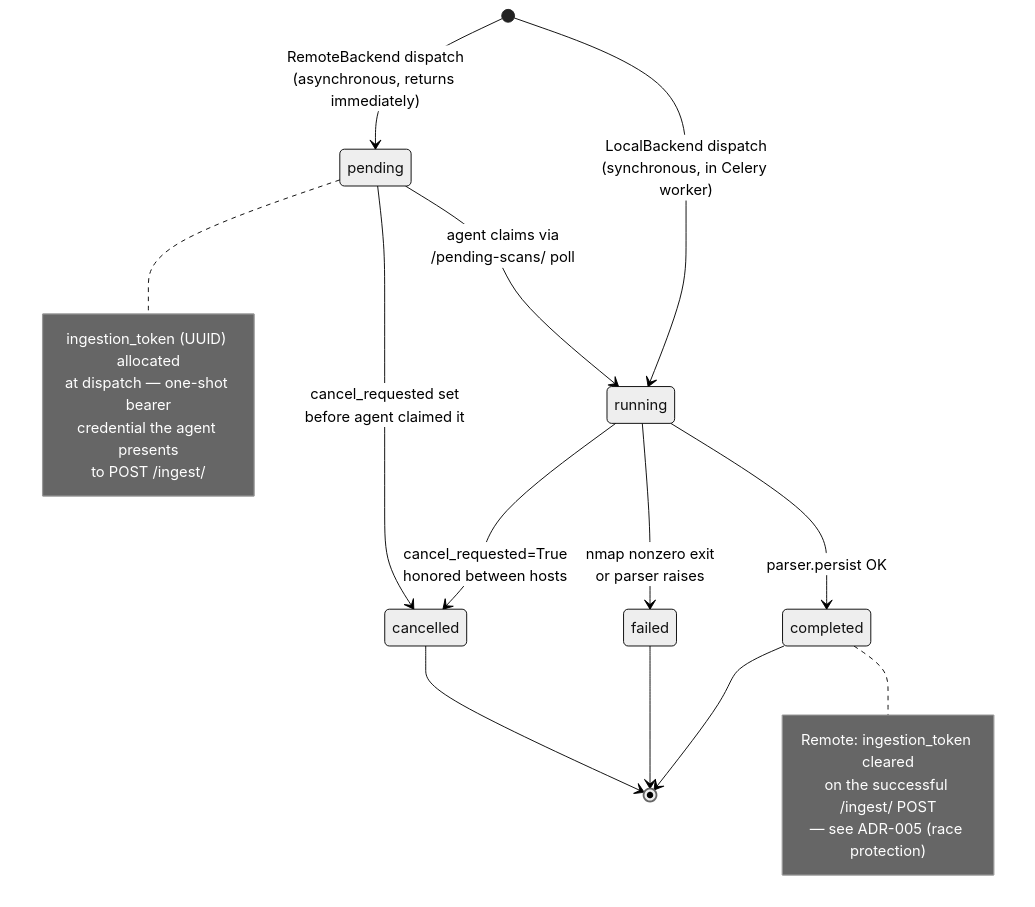
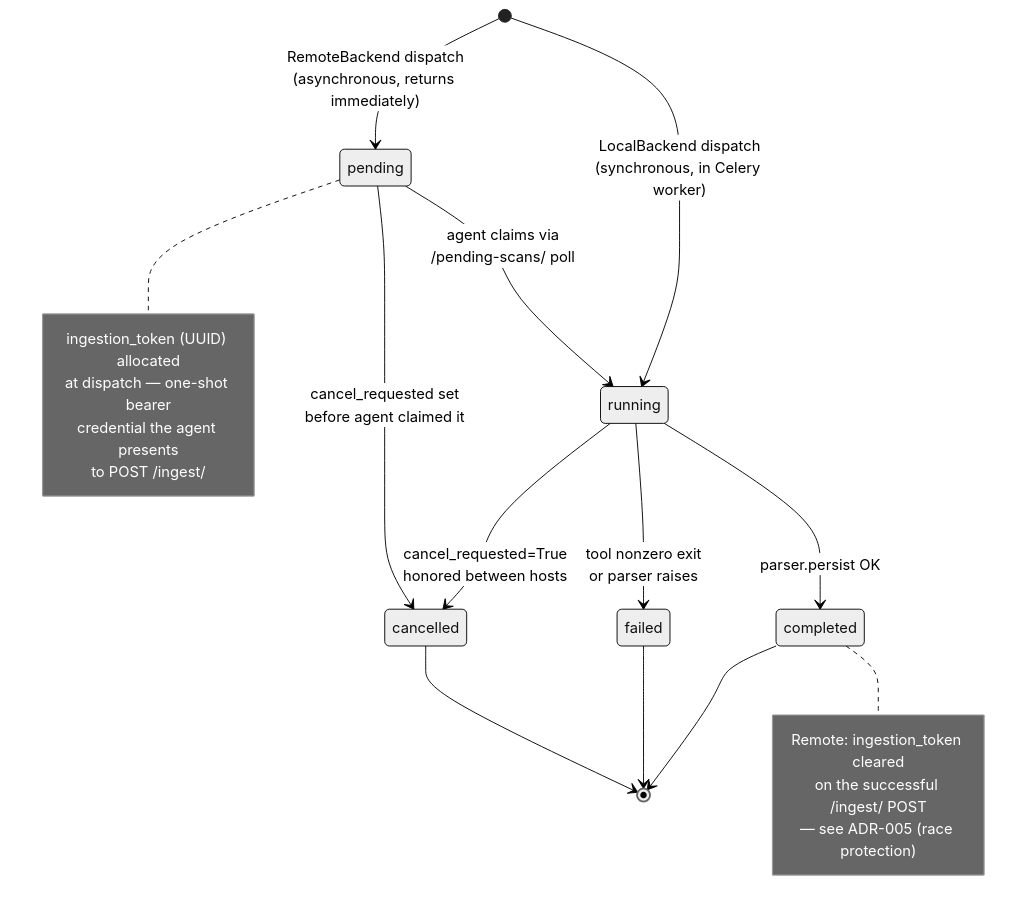
Before and after one commit to rsp2k/nautobot-app-scanner: the diagram in docs/user/app_overview.md, drawn with Mermaid (neutral theme). The commit also changed other lines of this file and 16 other files, not shown here.

````diff
--- a/docs/user/app_overview.md
+++ b/docs/user/app_overview.md
@@ -58,30 +59,30 @@
 ```mermaid
 stateDiagram-v2
     direction TB
     [*] --> running: LocalBackend dispatch<br/>(synchronous, in Celery worker)
     [*] --> pending: RemoteBackend dispatch<br/>(asynchronous, returns immediately)
 
     pending --> running: agent claims via<br/>/pending-scans/ poll
 
     running --> completed: parser.persist OK
-    running --> failed: nmap nonzero exit<br/>or parser raises
+    running --> failed: tool nonzero exit<br/>or parser raises
     running --> cancelled: cancel_requested=True<br/>honored between hosts
     pending --> cancelled: cancel_requested set<br/>before agent claimed it
 
     completed --> [*]
     failed --> [*]
     cancelled --> [*]
 
     note right of pending
         ingestion_token (UUID) allocated
         at dispatch — one-shot bearer
         credential the agent presents
         to POST /ingest/
     end note
 
     note right of completed
         Remote: ingestion_token cleared
         on the successful /ingest/ POST
         — see ADR-005 (race protection)
     end note
 ```
````
